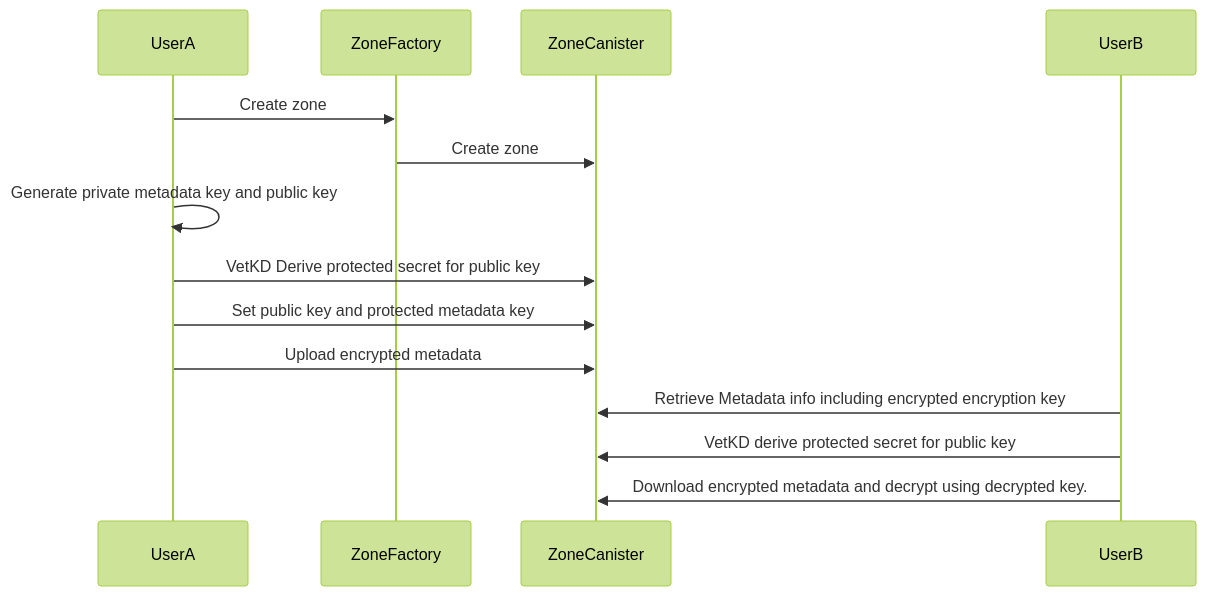
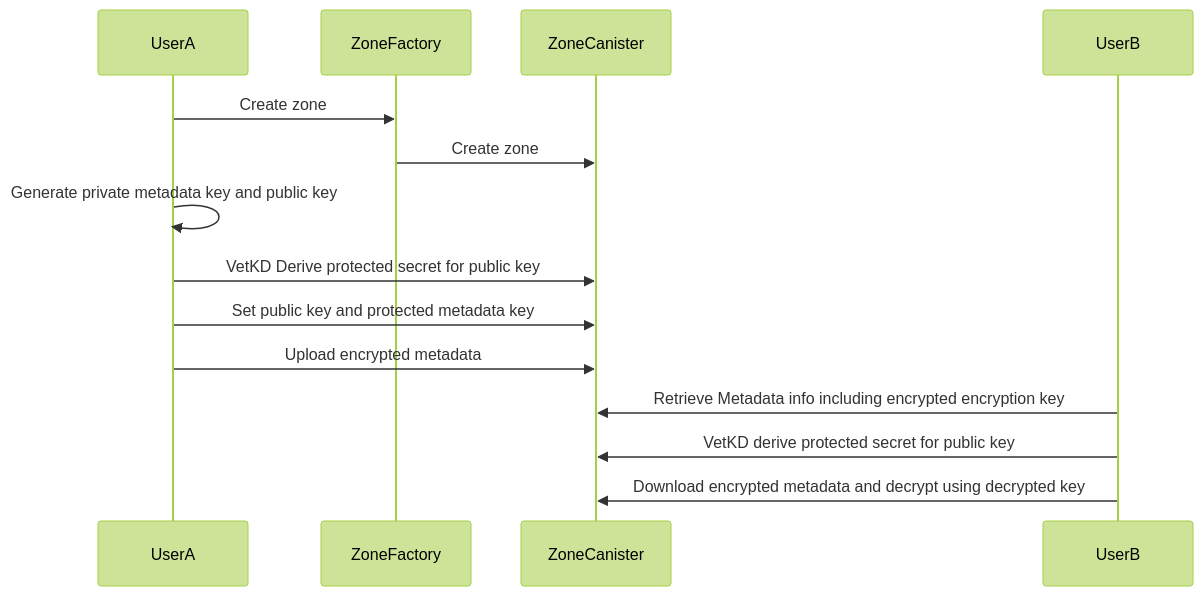
Before and after one commit to diodechain/zone_availability_canister: the diagram in docs/MS1.md, drawn with Mermaid (forest theme).

````diff
--- a/docs/MS1.md
+++ b/docs/MS1.md
@@ -15,18 +15,18 @@
 ```mermaid
 sequenceDiagram
     participant UserA
     participant ZoneFactory
     participant ZoneCanister
     participant UserB
     
     UserA->>ZoneFactory: Create zone
     ZoneFactory->>ZoneCanister: Create zone
     UserA->>UserA: Generate private metadata key and public key
     UserA->>ZoneCanister: VetKD Derive protected secret for public key
     UserA->>ZoneCanister: Set public key and protected metadata key
     UserA->>ZoneCanister: Upload encrypted metadata
 
     UserB->>ZoneCanister: Retrieve Metadata info including encrypted encryption key
     UserB->>ZoneCanister: VetKD derive protected secret for public key
-    UserB->>ZoneCanister: Download encrypted metadata and decrypt using decrypted key.
+    UserB->>ZoneCanister: Download encrypted metadata and decrypt using decrypted key
 ```
````
